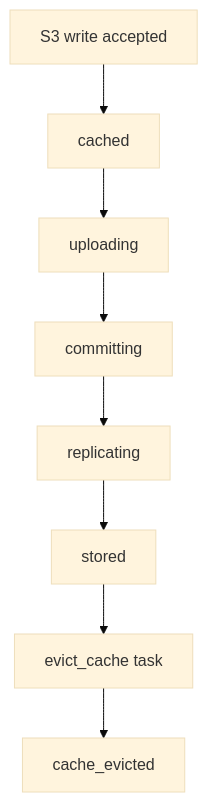
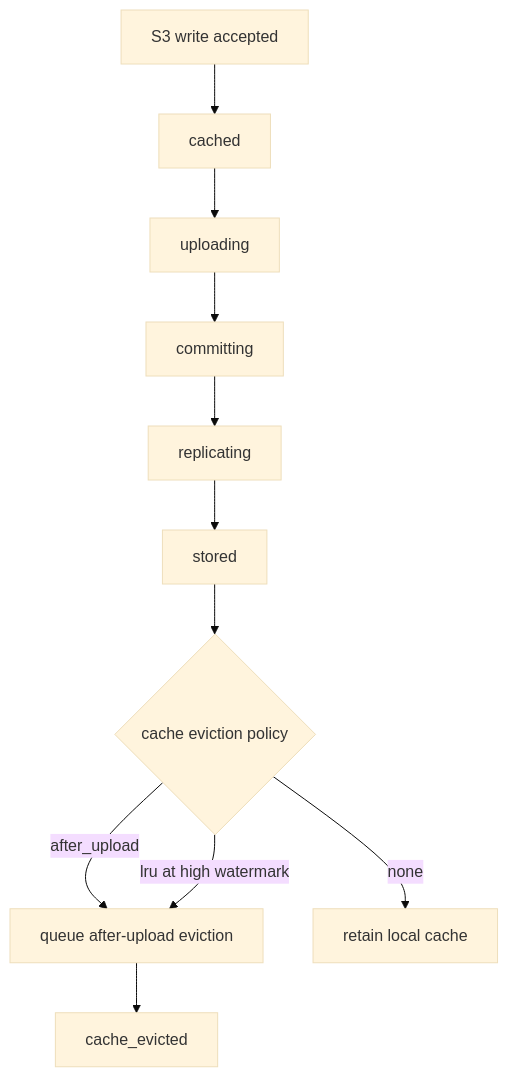
One commit to strahe/SynapS3 changed the diagram in docs/en/concepts/filecoin-storage-flow.md. Above: the diagram before and after it, drawn with Mermaid (base theme). The commit also changed other lines of this file and 92 other files, not shown here.

Commit message:
feat(cache): implement configurable LRU eviction (#2)

````diff
--- a/docs/en/concepts/filecoin-storage-flow.md
+++ b/docs/en/concepts/filecoin-storage-flow.md
@@ -12,10 +12,13 @@
 ```mermaid
 flowchart TD
   put["S3 write accepted"] --> cached["cached"]
   cached --> uploading["uploading"]
   uploading --> committing["committing"]
   committing --> replicating["replicating"]
   replicating --> stored["stored"]
-  stored --> evict["evict_cache task"]
+  stored --> policy{"cache eviction policy"}
+  policy -->|"after_upload"| evict["queue after-upload eviction"]
+  policy -->|"lru at high watermark"| evict
+  policy -->|"none"| retain["retain local cache"]
   evict --> evicted["cache_evicted"]
 ```
````
